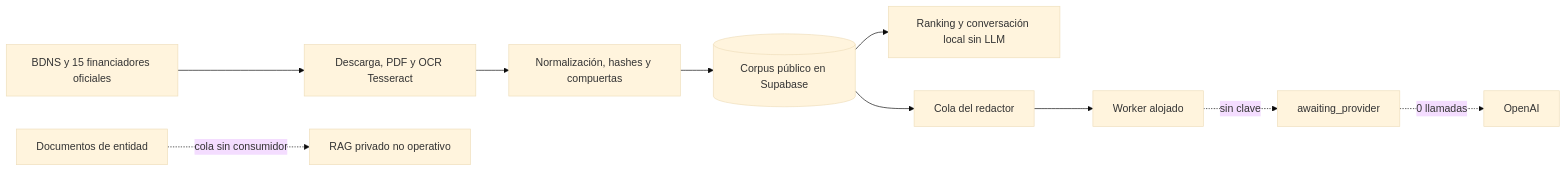
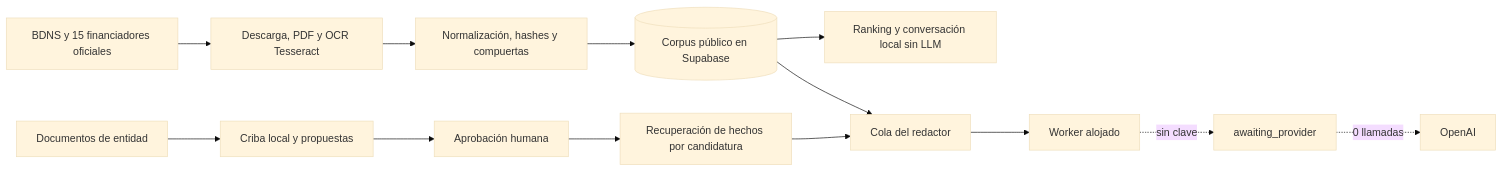
The first of 2 diagrams in docs/architecture/participacion-ia-y-rag.md (vi100mira/subenciones), drawn with Mermaid (base theme) before and after one commit. The commit also changed other lines of this file and 127 other files, not shown here.

````diff
--- a/docs/architecture/participacion-ia-y-rag.md
+++ b/docs/architecture/participacion-ia-y-rag.md
@@ -11,12 +11,15 @@
 ```mermaid
 flowchart LR
   fuentes["BDNS y 15 financiadores oficiales"] --> extraccion["Descarga, PDF y OCR Tesseract"]
   extraccion --> reglas["Normalización, hashes y compuertas"]
   reglas --> corpus[("Corpus público en Supabase")]
   corpus --> interfaz["Ranking y conversación local sin LLM"]
   corpus --> cola["Cola del redactor"]
   cola --> worker["Worker alojado"]
   worker -. "sin clave" .-> espera["awaiting_provider"]
   espera -. "0 llamadas" .-> openai["OpenAI"]
-  privada["Documentos de entidad"] -. "cola sin consumidor" .-> ragPrivado["RAG privado no operativo"]
+  privada["Documentos de entidad"] --> cribaPrivada["Criba local y propuestas"]
+  cribaPrivada --> revisionPrivada["Aprobación humana"]
+  revisionPrivada --> ragPrivado["Recuperación de hechos por candidatura"]
+  ragPrivado --> cola
 ```
````
